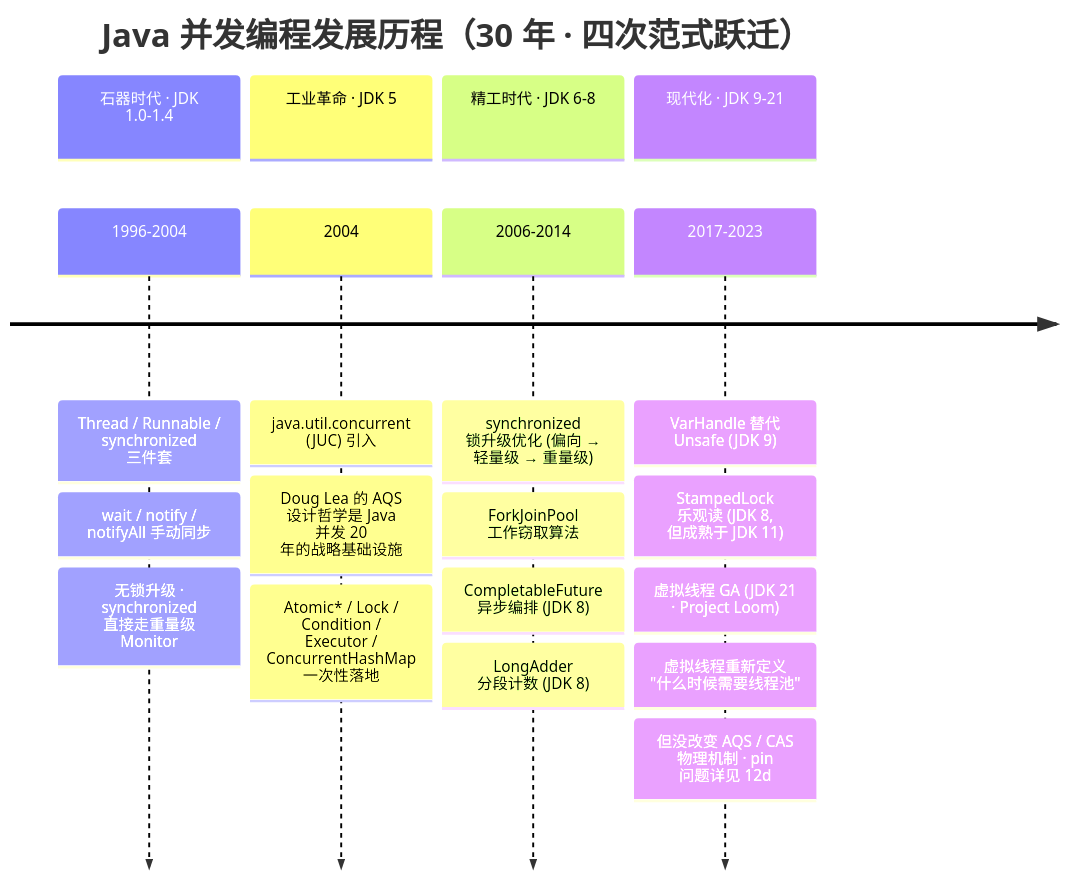
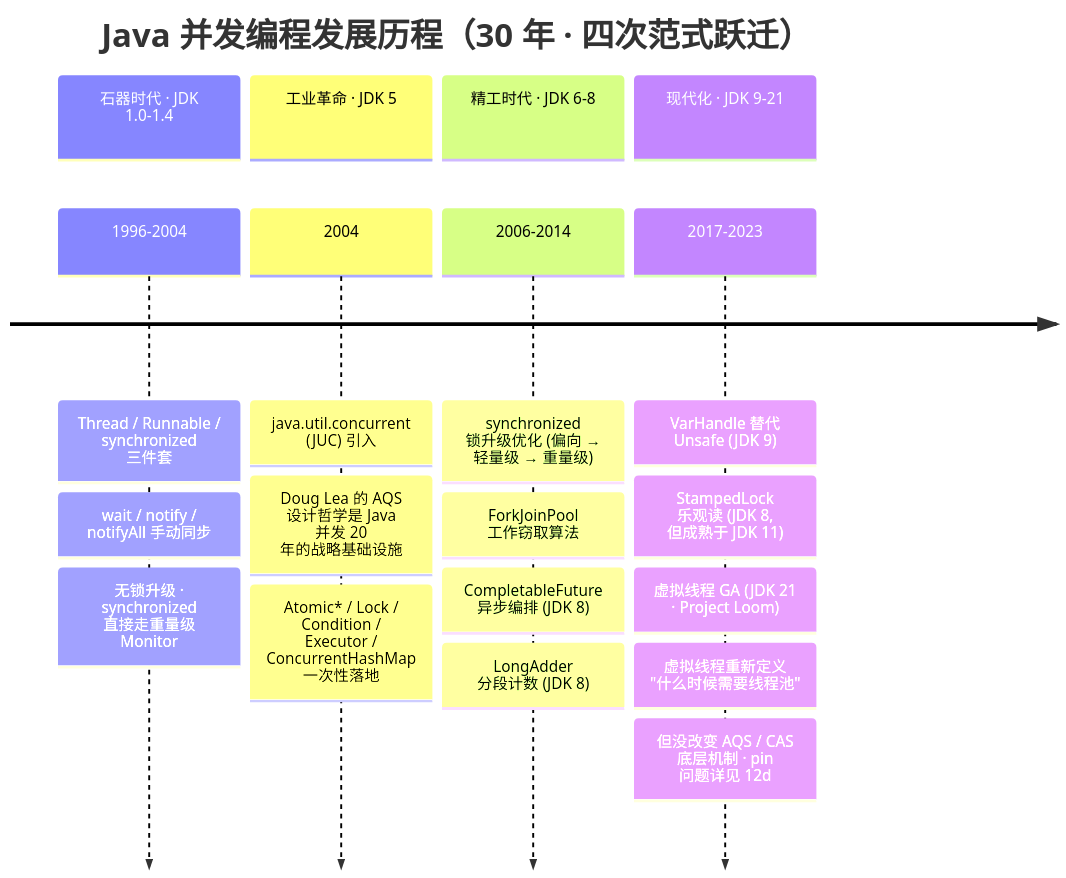
The first of 4 diagrams in docs/01-java-basic/10-并发编程综览：战役三 · 从硬件事实到组合运用的四层下沉.md (b1tzer/b1tzer.github.io), drawn with Mermaid before and after one commit. The commit also changed other lines of this file and 22 other files, not shown here.

````diff
--- a/docs/01-java-basic/10-并发编程综览：战役三 · 从硬件事实到组合运用的四层下沉.md
+++ b/docs/01-java-basic/10-并发编程综览：战役三 · 从硬件事实到组合运用的四层下沉.md
@@ -46,23 +46,23 @@
 ```mermaid
 timeline
     title Java 并发编程发展历程（30 年 · 四次范式跃迁）
     section 石器时代 · JDK 1.0-1.4
         1996-2004 : Thread / Runnable / synchronized 三件套
                   : wait / notify / notifyAll 手动同步
                   : 无锁升级 · synchronized 直接走重量级 Monitor
     section 工业革命 · JDK 5
         2004      : java.util.concurrent (JUC) 引入
                   : Doug Lea 的 AQS 设计哲学是 Java 并发 20 年的战略基础设施
                   : Atomic* / Lock / Condition / Executor / ConcurrentHashMap 一次性落地
     section 精工时代 · JDK 6-8
         2006-2014 : synchronized 锁升级优化 (偏向 → 轻量级 → 重量级)
                   : ForkJoinPool 工作窃取算法
                   : CompletableFuture 异步编排 (JDK 8)
                   : LongAdder 分段计数 (JDK 8)
     section 现代化 · JDK 9-21
         2017-2023 : VarHandle 替代 Unsafe (JDK 9)
                   : StampedLock 乐观读 (JDK 8, 但成熟于 JDK 11)
                   : 虚拟线程 GA (JDK 21 · Project Loom)
                   : 虚拟线程重新定义 "什么时候需要线程池"
-                  : 但没改变 AQS / CAS 物理机制 · pin 问题详见 12d
+                  : 但没改变 AQS / CAS 底层机制 · pin 问题详见 12d
 ```
````
